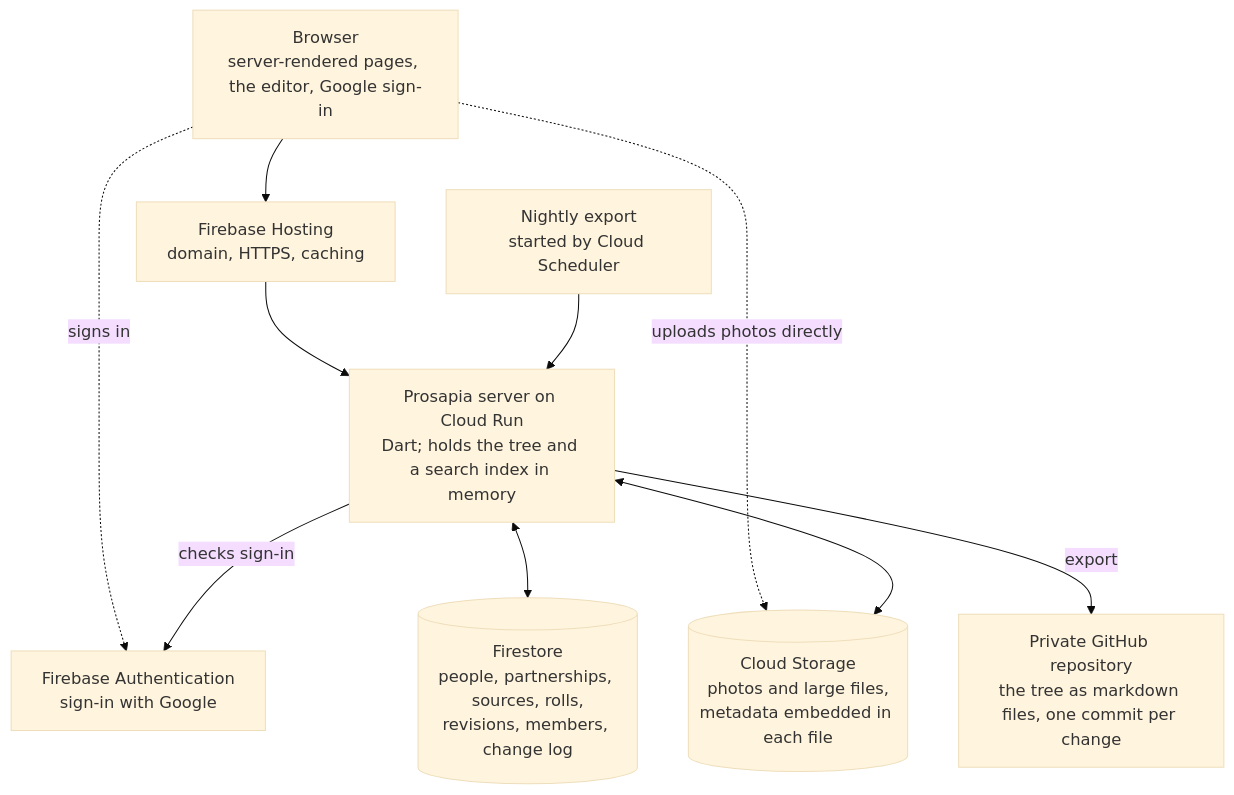
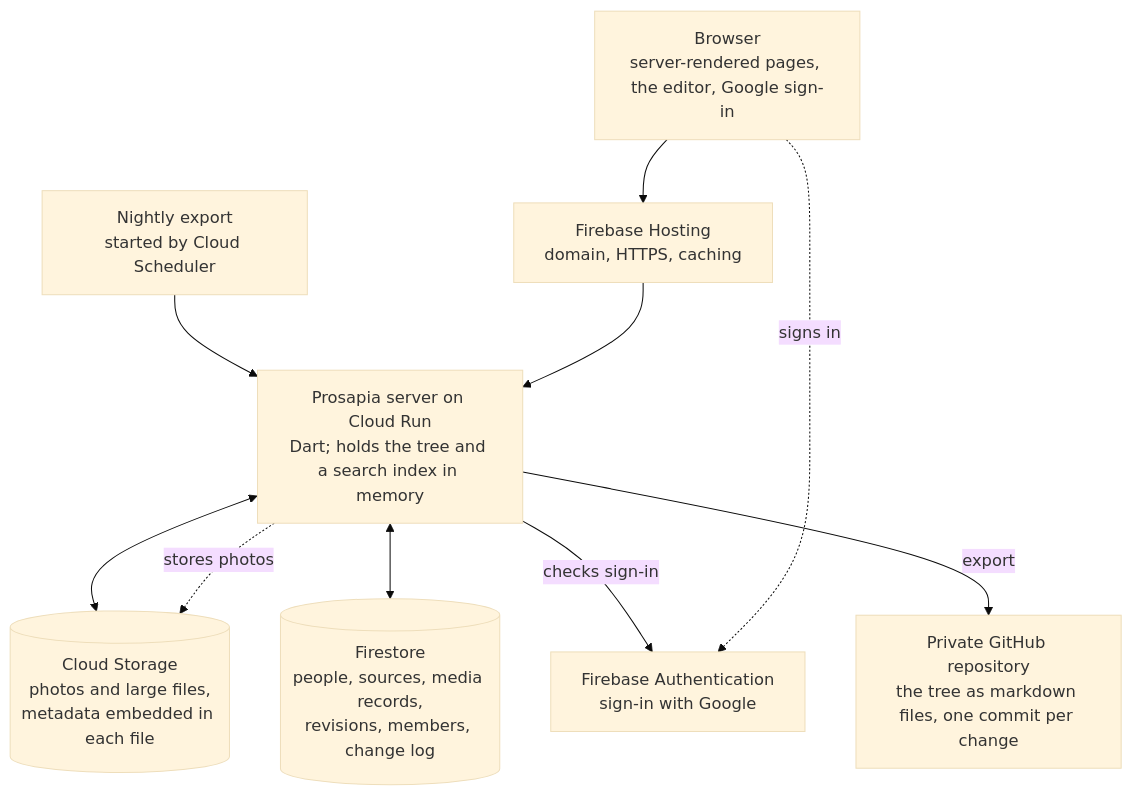
The diagram in docs/architecture.md (devoncarew/prosapia), drawn with Mermaid (base theme) before and after one commit. The commit also changed other lines of this file and 18 other files, not shown here.

````diff
--- a/docs/architecture.md
+++ b/docs/architecture.md
@@ -8,19 +8,19 @@
 ```mermaid
 flowchart TD
     browser["Browser<br/>server-rendered pages, the editor, Google sign-in"]
     hosting["Firebase Hosting<br/>domain, HTTPS, caching"]
     server["Prosapia server on Cloud Run<br/>Dart; holds the tree and a search index in memory"]
     auth["Firebase Authentication<br/>sign-in with Google"]
-    firestore[("Firestore<br/>people, partnerships, sources, rolls,<br/>revisions, members, change log")]
+    firestore[("Firestore<br/>people, sources, media records,<br/>revisions, members, change log")]
     storage[("Cloud Storage<br/>photos and large files,<br/>metadata embedded in each file")]
     job["Nightly export<br/>started by Cloud Scheduler"]
     backup["Private GitHub repository<br/>the tree as markdown files, one commit per change"]
     browser --> hosting --> server
     browser -. "signs in" .-> auth
-    browser -. "uploads photos directly" .-> storage
+    server -. "stores photos" .-> storage
     server -- "checks sign-in" --> auth
     server <--> firestore
     server <--> storage
     job --> server
     server -- "export" --> backup
 ```
````
